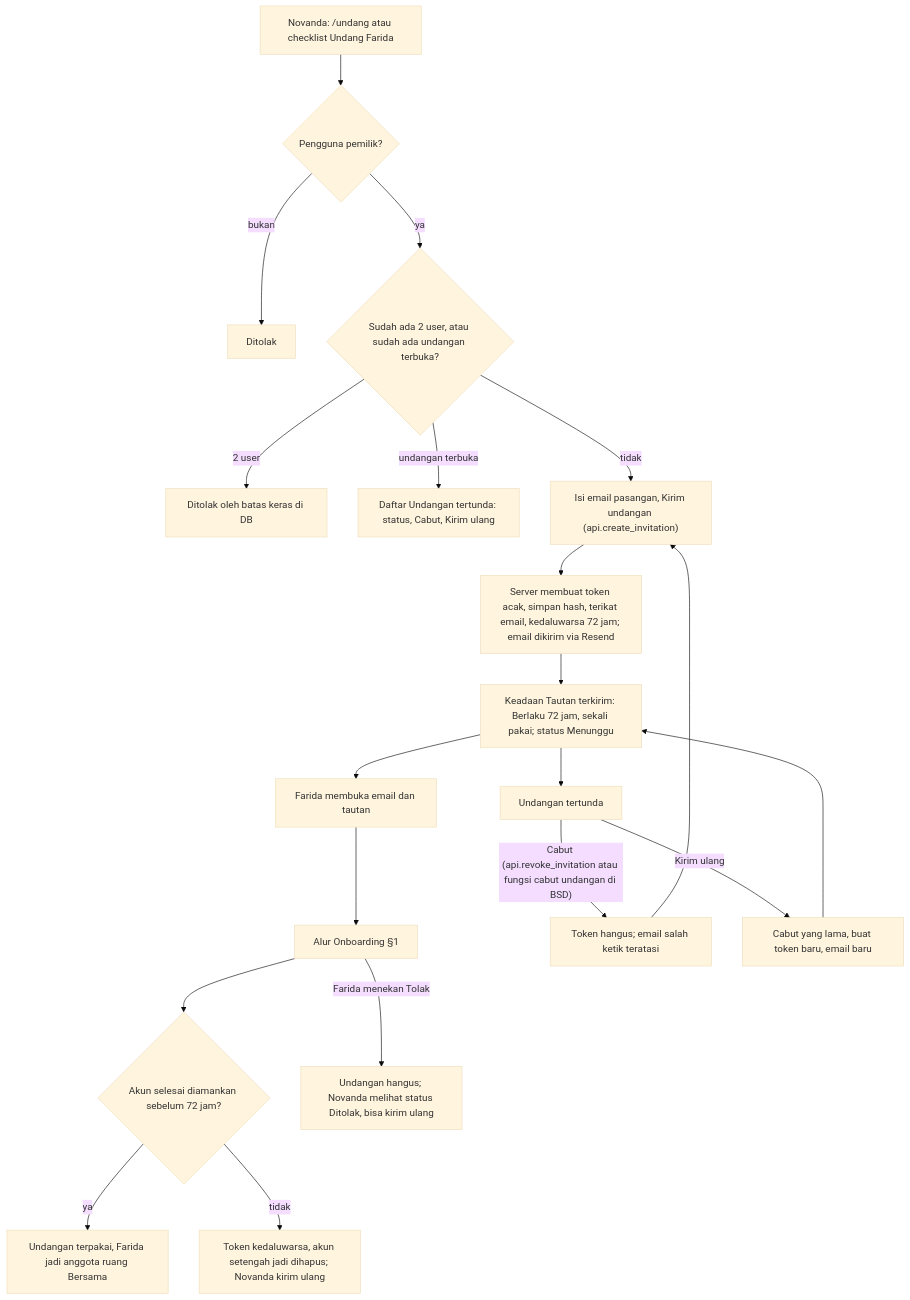
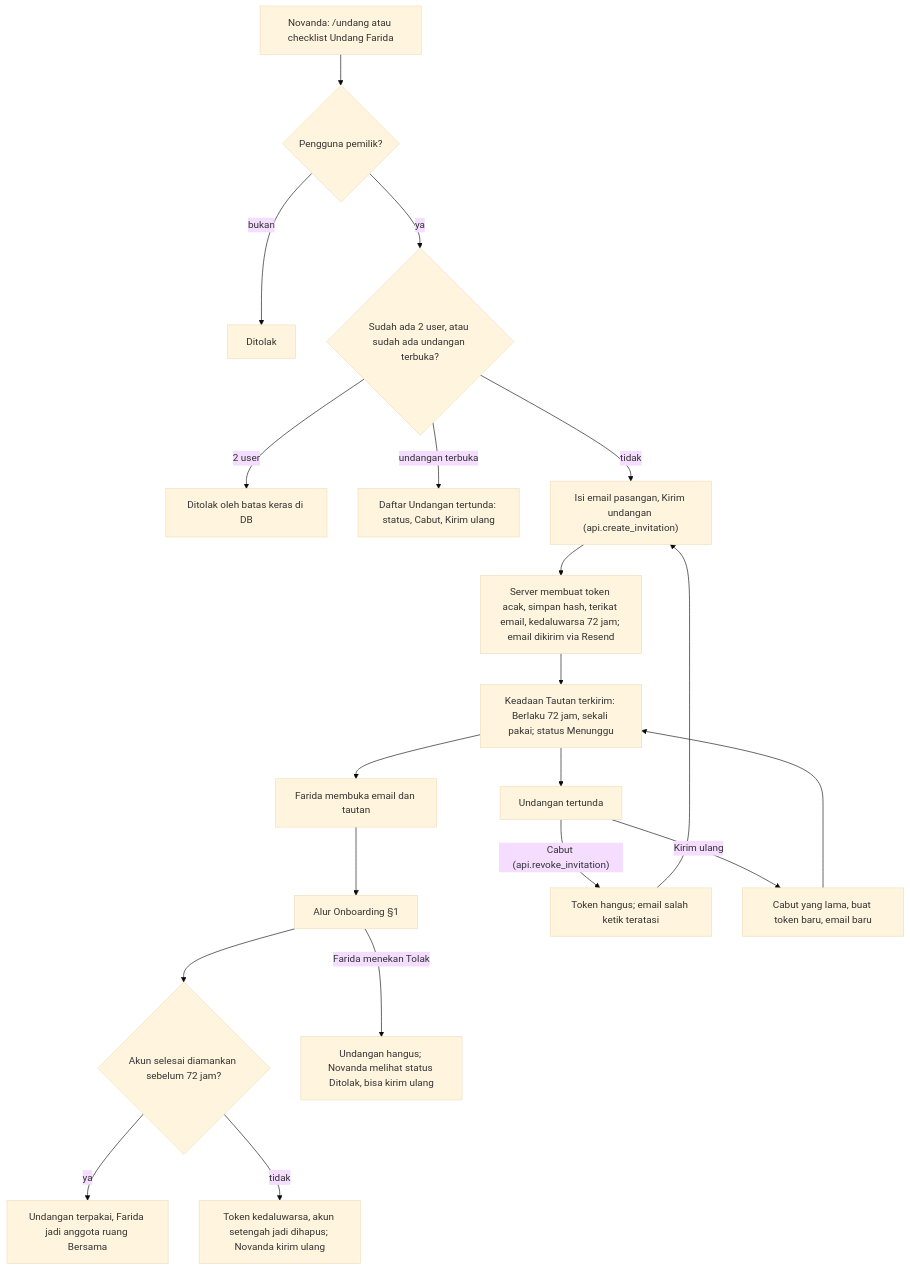
One commit to novandafadly/dompetku-v2 changed the sixth of 10 diagrams in docs/product/AFD.md. Above: the diagram before and after it, drawn with Mermaid (base theme). The commit also changed other lines of this file and 1 other file, not shown here.

First line of the commit message:
docs: AFD dan IPD memakai nama fungsi final BSD

````diff
--- a/docs/product/AFD.md
+++ b/docs/product/AFD.md
@@ -176,22 +176,22 @@
 ```mermaid
 flowchart TD
   A["Novanda: /undang atau checklist Undang Farida"] --> B{"Pengguna pemilik?"}
   B -- "bukan" --> B1["Ditolak"]
   B -- "ya" --> C{"Sudah ada 2 user, atau sudah ada undangan terbuka?"}
   C -- "2 user" --> C1["Ditolak oleh batas keras di DB"]
   C -- "undangan terbuka" --> C2["Daftar Undangan tertunda: status, Cabut, Kirim ulang"]
   C -- "tidak" --> D["Isi email pasangan, Kirim undangan (api.create_invitation)"]
   D --> E["Server membuat token acak, simpan hash, terikat email, kedaluwarsa 72 jam; email dikirim via Resend"]
   E --> F["Keadaan Tautan terkirim: Berlaku 72 jam, sekali pakai; status Menunggu"]
   F --> G["Farida membuka email dan tautan"]
   G --> H["Alur Onboarding §1"]
   F --> P["Undangan tertunda"]
-  P -- "Cabut (api.revoke_invitation atau fungsi cabut undangan di BSD)" --> P1["Token hangus; email salah ketik teratasi"]
+  P -- "Cabut (api.revoke_invitation)" --> P1["Token hangus; email salah ketik teratasi"]
   P1 --> D
   P -- "Kirim ulang" --> P2["Cabut yang lama, buat token baru, email baru"]
   P2 --> F
   H --> I{"Akun selesai diamankan sebelum 72 jam?"}
   I -- "ya" --> J["Undangan terpakai, Farida jadi anggota ruang Bersama"]
   I -- "tidak" --> K["Token kedaluwarsa, akun setengah jadi dihapus; Novanda kirim ulang"]
   H -- "Farida menekan Tolak" --> T["Undangan hangus; Novanda melihat status Ditolak, bisa kirim ulang"]
 ```
````
